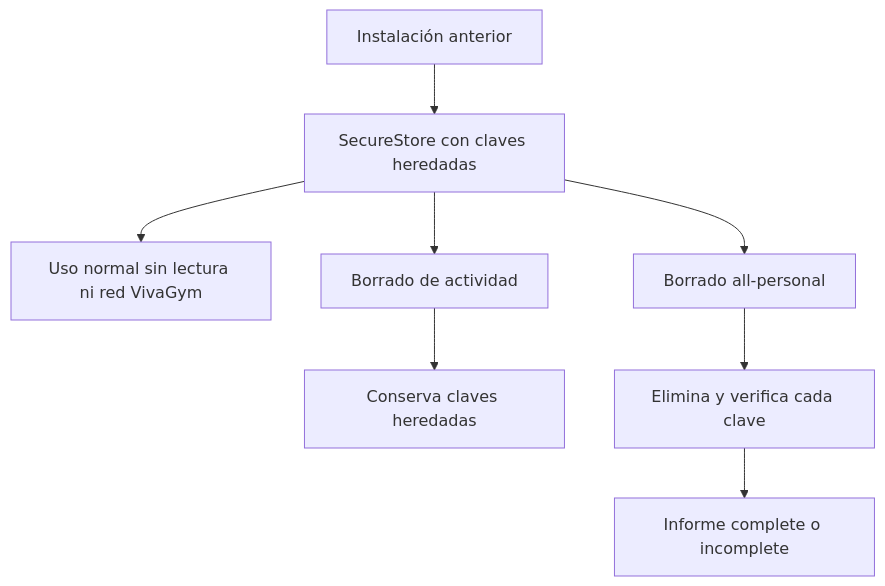
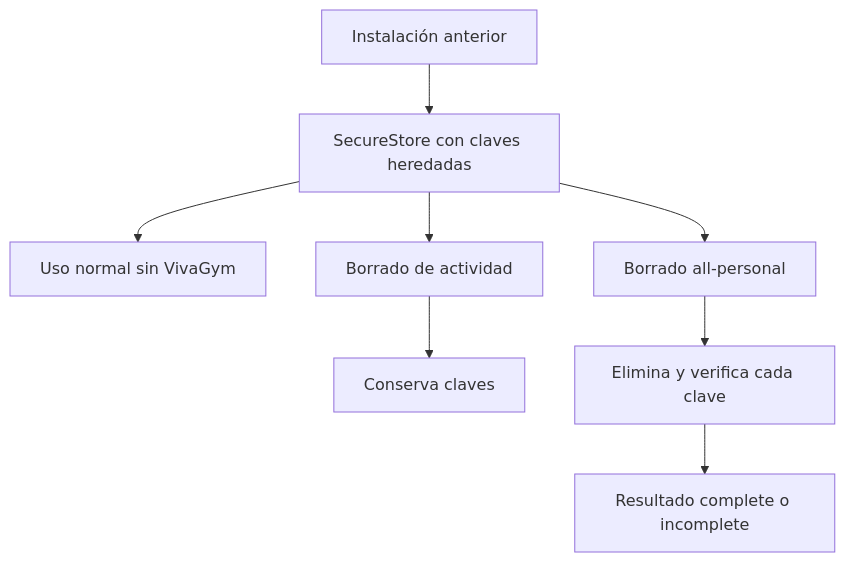
The first of 3 diagrams in openwiki/integrations/vivagym-and-updates.md (maximofn/gymnasia), drawn with Mermaid before and after one commit. The commit also changed other lines of this file and 9 other files, not shown here.

````diff
--- a/openwiki/integrations/vivagym-and-updates.md
+++ b/openwiki/integrations/vivagym-and-updates.md
@@ -81,10 +73,10 @@
 ```mermaid
 flowchart TD
     OldInstall["Instalación anterior"] --> SecureStore["SecureStore con claves heredadas"]
-    SecureStore --> NormalUse["Uso normal sin lectura ni red VivaGym"]
+    SecureStore --> NormalUse["Uso normal sin VivaGym"]
     SecureStore --> ActivityDelete["Borrado de actividad"]
-    ActivityDelete --> Preserve["Conserva claves heredadas"]
+    ActivityDelete --> Preserve["Conserva claves"]
     SecureStore --> FullDelete["Borrado all-personal"]
     FullDelete --> DeleteVerify["Elimina y verifica cada clave"]
-    DeleteVerify --> Report["Informe complete o incomplete"]
+    DeleteVerify --> Outcome["Resultado complete o incomplete"]
 ```
````
